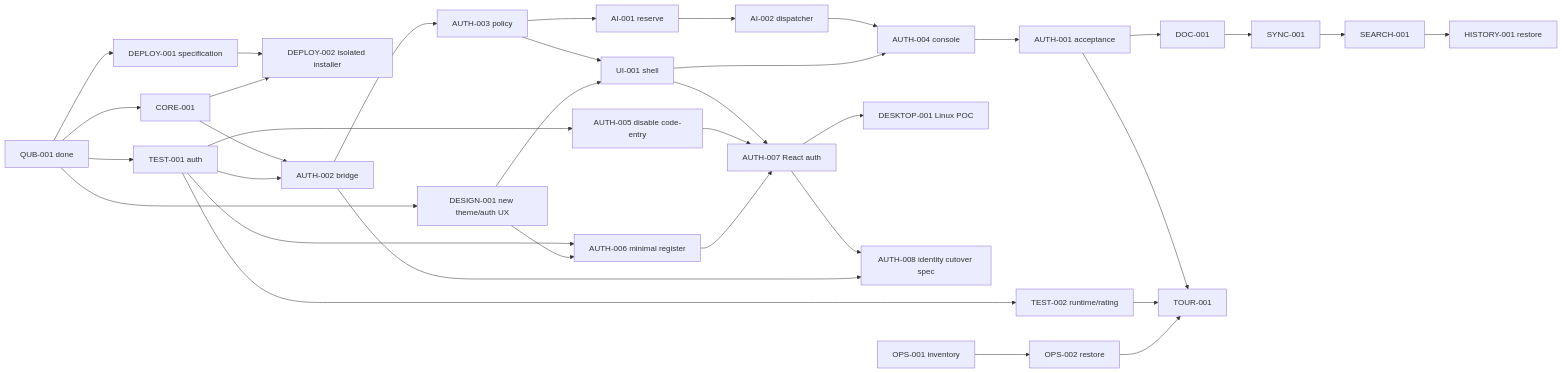
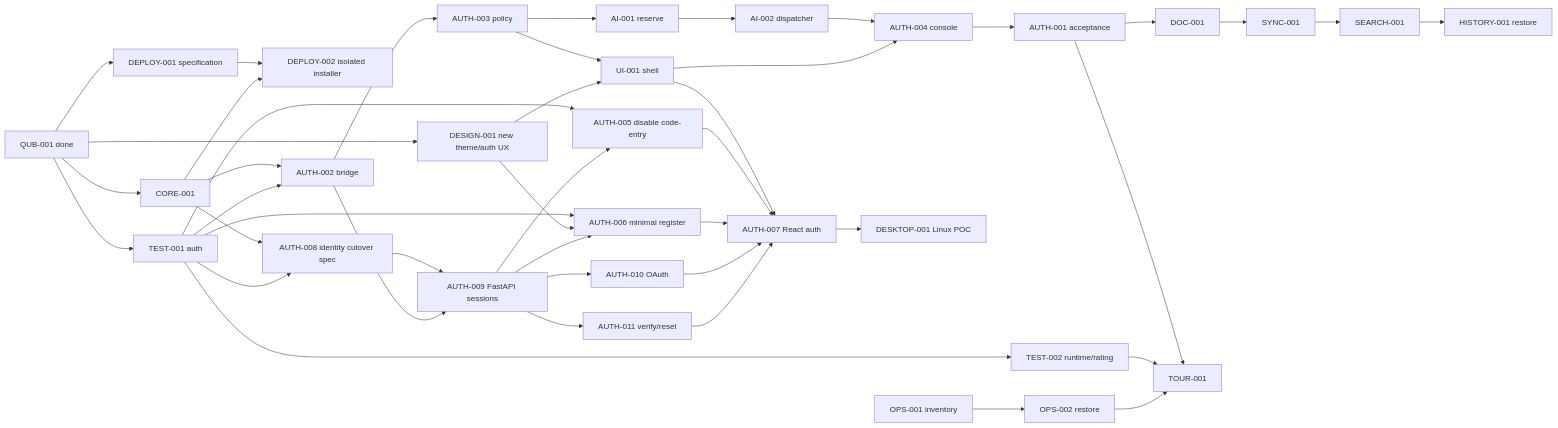
One commit to kirillkuz1122/qubite changed the diagram in docs/plan/ROADMAP.md. Above: the diagram before and after it, drawn with Mermaid. The commit also changed other lines of this file and 22 other files, not shown here.

Commit message:
Уточнены перенос общих функций на FastAPI и автоматический захват в Telegram

````diff
--- a/docs/plan/ROADMAP.md
+++ b/docs/plan/ROADMAP.md
@@ -5,37 +5,45 @@
 ```mermaid
 flowchart LR
   AUD[QUB-001 done] --> CORE[CORE-001]
   AUD --> DESIGN[DESIGN-001 new theme/auth UX]
   AUD --> DEP[DEPLOY-001 specification]
   DEP --> INST[DEPLOY-002 isolated installer]
   CORE --> INST
   OPS[OPS-001 inventory] --> BK[OPS-002 restore]
   AUD --> AT[TEST-001 auth]
   AT --> TT[TEST-002 runtime/rating]
   CORE --> ID[AUTH-002 bridge]
   AT --> ID
   ID --> POL[AUTH-003 policy]
   POL --> AI[AI-001 reserve]
   AI --> DISP[AI-002 dispatcher]
   POL --> UI[UI-001 shell]
   DESIGN --> UI
   AT --> CODE[AUTH-005 disable code-entry]
   AT --> REG[AUTH-006 minimal register]
   DESIGN --> REG
   UI --> LOGIN[AUTH-007 React auth]
   CODE --> LOGIN
   REG --> LOGIN
   LOGIN --> DESK[DESKTOP-001 Linux POC]
-  LOGIN --> CUT[AUTH-008 identity cutover spec]
-  ID --> CUT
+  CORE --> CUT[AUTH-008 identity cutover spec]
+  AT --> CUT
+  CUT --> PASS[AUTH-009 FastAPI sessions]
+  ID --> PASS
+  PASS --> OAUTH[AUTH-010 OAuth]
+  PASS --> VERIFY[AUTH-011 verify/reset]
+  OAUTH --> LOGIN
+  VERIFY --> LOGIN
+  PASS --> REG
+  PASS --> CODE
   DISP --> OC[AUTH-004 console]
   UI --> OC
   OC --> ACC[AUTH-001 acceptance]
   ACC --> NOTE[DOC-001]
   NOTE --> SYNC[SYNC-001]
   SYNC --> FIND[SEARCH-001]
   FIND --> HIST[HISTORY-001 restore]
   ACC --> TOUR[TOUR-001]
   TT --> TOUR
   BK --> TOUR
 ```
````
